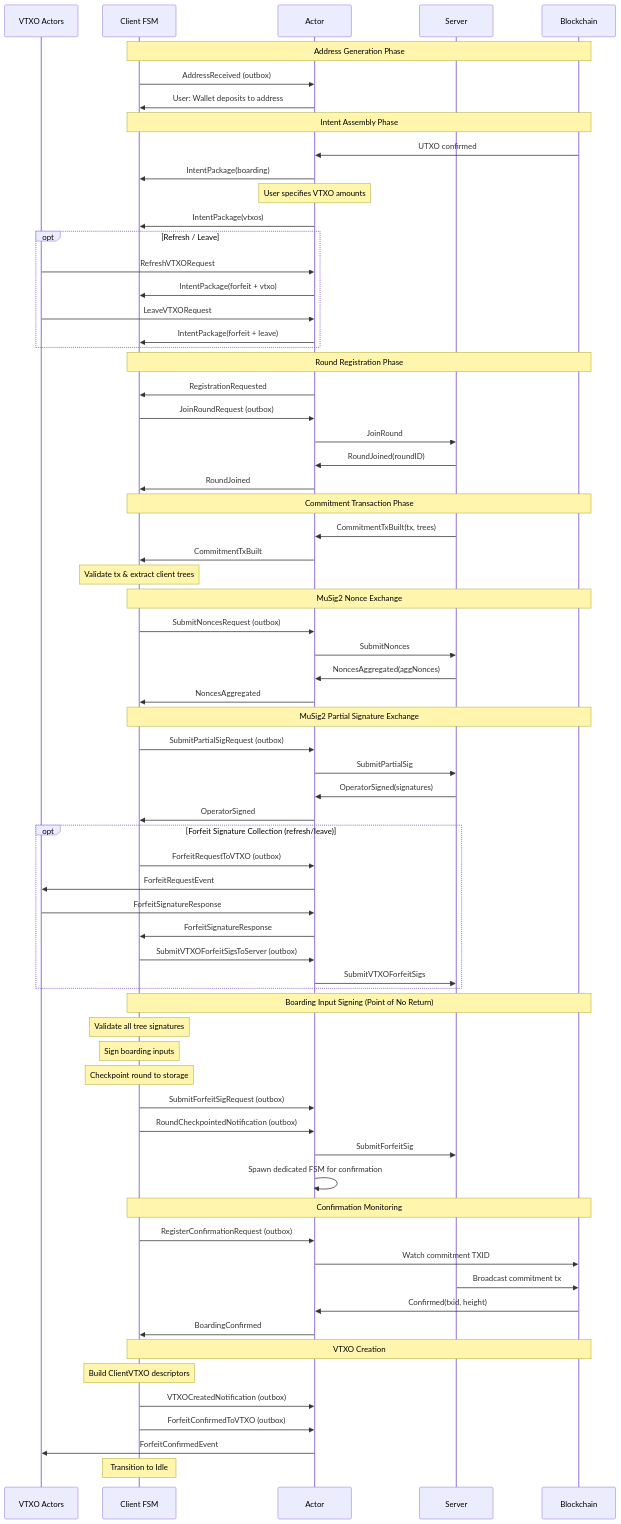
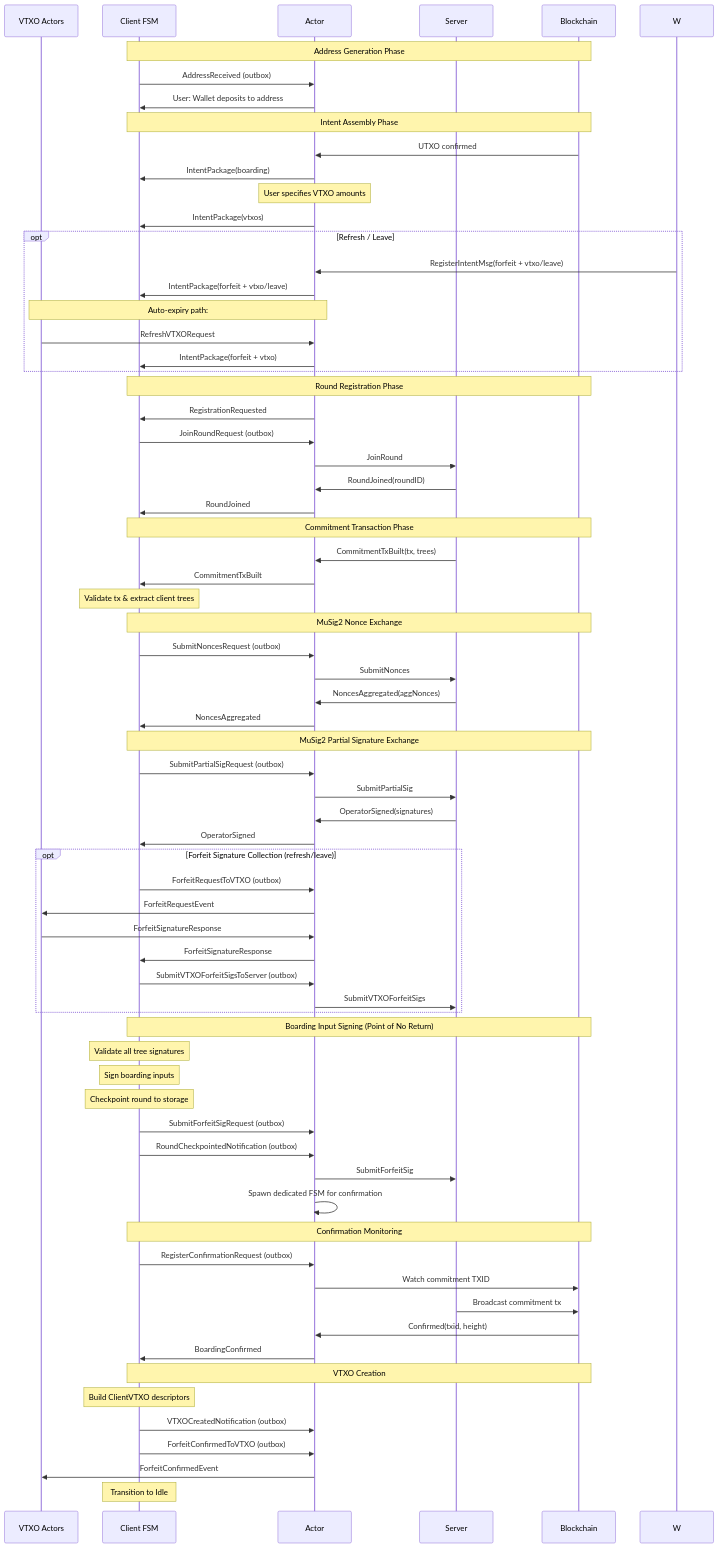
Before and after one commit to lightninglabs/wavelength: the first of 2 diagrams in round/README.md, drawn with Mermaid. The commit also changed other lines of this file and 2 other files, not shown here.

First line of the commit message:
round: remove LeaveVTXORequest and dead code

````diff
--- a/round/README.md
+++ b/round/README.md
@@ -273,80 +272,81 @@
 ```mermaid
 sequenceDiagram
     participant V as VTXO Actors
     participant C as Client FSM
     participant A as Actor
     participant S as Server
     participant B as Blockchain
 
     Note over C,B: Address Generation Phase
     C->>A: AddressReceived (outbox)
     A->>C: User: Wallet deposits to address
 
     Note over C,B: Intent Assembly Phase
     B->>A: UTXO confirmed
     A->>C: IntentPackage(boarding)
     Note over A: User specifies VTXO amounts
     A->>C: IntentPackage(vtxos)
     opt Refresh / Leave
+        W->>A: RegisterIntentMsg(forfeit + vtxo/leave)
+        A->>C: IntentPackage(forfeit + vtxo/leave)
+        Note over V,A: Auto-expiry path:
         V->>A: RefreshVTXORequest
         A->>C: IntentPackage(forfeit + vtxo)
-        V->>A: LeaveVTXORequest
-        A->>C: IntentPackage(forfeit + leave)
     end
 
     Note over C,B: Round Registration Phase
     A->>C: RegistrationRequested
     C->>A: JoinRoundRequest (outbox)
     A->>S: JoinRound
     S->>A: RoundJoined(roundID)
     A->>C: RoundJoined
 
     Note over C,B: Commitment Transaction Phase
     S->>A: CommitmentTxBuilt(tx, trees)
     A->>C: CommitmentTxBuilt
     Note over C: Validate tx & extract client trees
 
     Note over C,B: MuSig2 Nonce Exchange
     C->>A: SubmitNoncesRequest (outbox)
     A->>S: SubmitNonces
     S->>A: NoncesAggregated(aggNonces)
     A->>C: NoncesAggregated
 
     Note over C,B: MuSig2 Partial Signature Exchange
     C->>A: SubmitPartialSigRequest (outbox)
     A->>S: SubmitPartialSig
     S->>A: OperatorSigned(signatures)
     A->>C: OperatorSigned
 
     opt Forfeit Signature Collection (refresh/leave)
         C->>A: ForfeitRequestToVTXO (outbox)
         A->>V: ForfeitRequestEvent
         V->>A: ForfeitSignatureResponse
         A->>C: ForfeitSignatureResponse
         C->>A: SubmitVTXOForfeitSigsToServer (outbox)
         A->>S: SubmitVTXOForfeitSigs
     end
 
     Note over C,B: Boarding Input Signing (Point of No Return)
     Note over C: Validate all tree signatures
     Note over C: Sign boarding inputs
     Note over C: Checkpoint round to storage
     C->>A: SubmitForfeitSigRequest (outbox)
     C->>A: RoundCheckpointedNotification (outbox)
     A->>S: SubmitForfeitSig
     A->>A: Spawn dedicated FSM for confirmation
 
     Note over C,B: Confirmation Monitoring
     C->>A: RegisterConfirmationRequest (outbox)
     A->>B: Watch commitment TXID
     S->>B: Broadcast commitment tx
     B->>A: Confirmed(txid, height)
     A->>C: BoardingConfirmed
 
     Note over C,B: VTXO Creation
     Note over C: Build ClientVTXO descriptors
     C->>A: VTXOCreatedNotification (outbox)
     C->>A: ForfeitConfirmedToVTXO (outbox)
     A->>V: ForfeitConfirmedEvent
     Note over C: Transition to Idle
 ```
````
